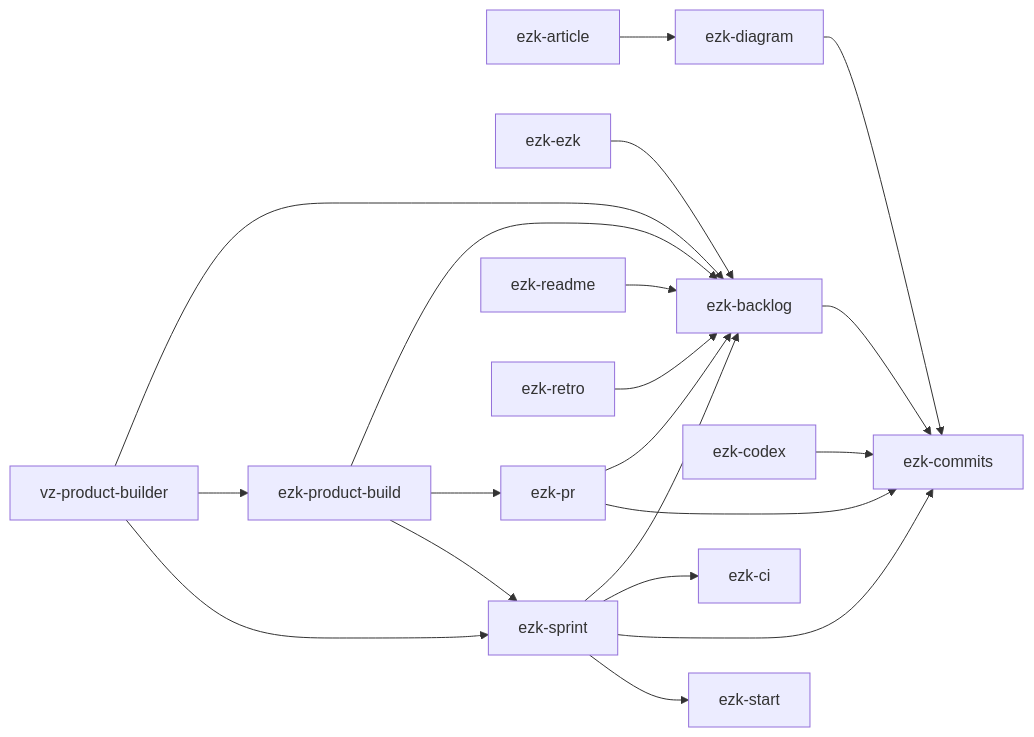
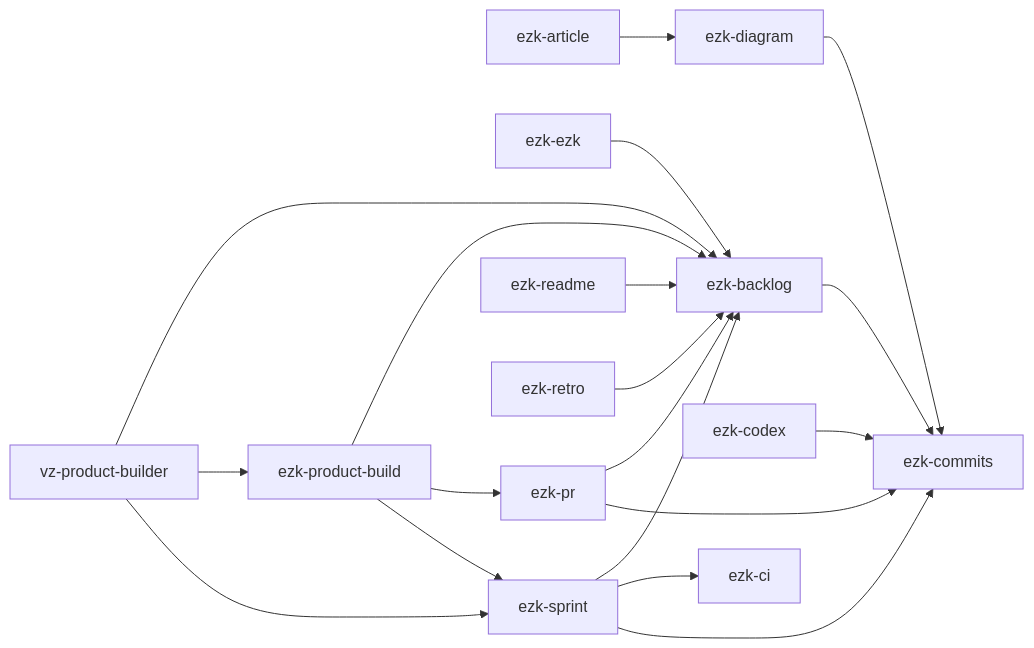
The diagram in products/mega-city/skills/README.md (elzinko/vectorz), drawn with Mermaid before and after one commit. The commit also changed other lines of this file and 28 other files, not shown here.

First line of the commit message:
refactor(method): ezk-start absorbé — l'ouverture devient ezk-sprint:check, la boucle ezk-sprint:run (ordre PO)

````diff
--- a/products/mega-city/skills/README.md
+++ b/products/mega-city/skills/README.md
@@ -50,22 +49,21 @@
 ```mermaid
 flowchart LR
     ezk-article --> ezk-diagram
     ezk-backlog --> ezk-commits
     ezk-codex --> ezk-commits
     ezk-diagram --> ezk-commits
     ezk-ezk --> ezk-backlog
     ezk-pr --> ezk-backlog
     ezk-pr --> ezk-commits
     ezk-product-build --> ezk-backlog
     ezk-product-build --> ezk-pr
     ezk-product-build --> ezk-sprint
     ezk-readme --> ezk-backlog
     ezk-retro --> ezk-backlog
     ezk-sprint --> ezk-backlog
     ezk-sprint --> ezk-ci
     ezk-sprint --> ezk-commits
-    ezk-sprint --> ezk-start
     vz-product-builder --> ezk-backlog
     vz-product-builder --> ezk-product-build
     vz-product-builder --> ezk-sprint
 ```
````
